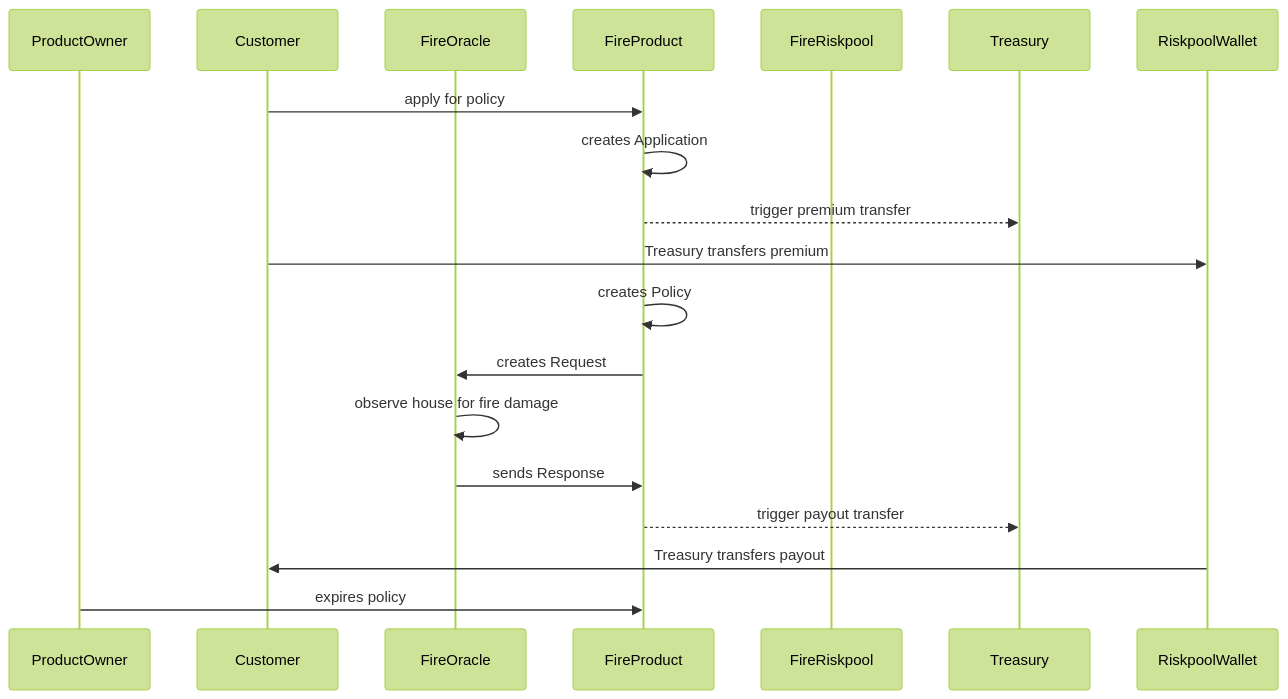
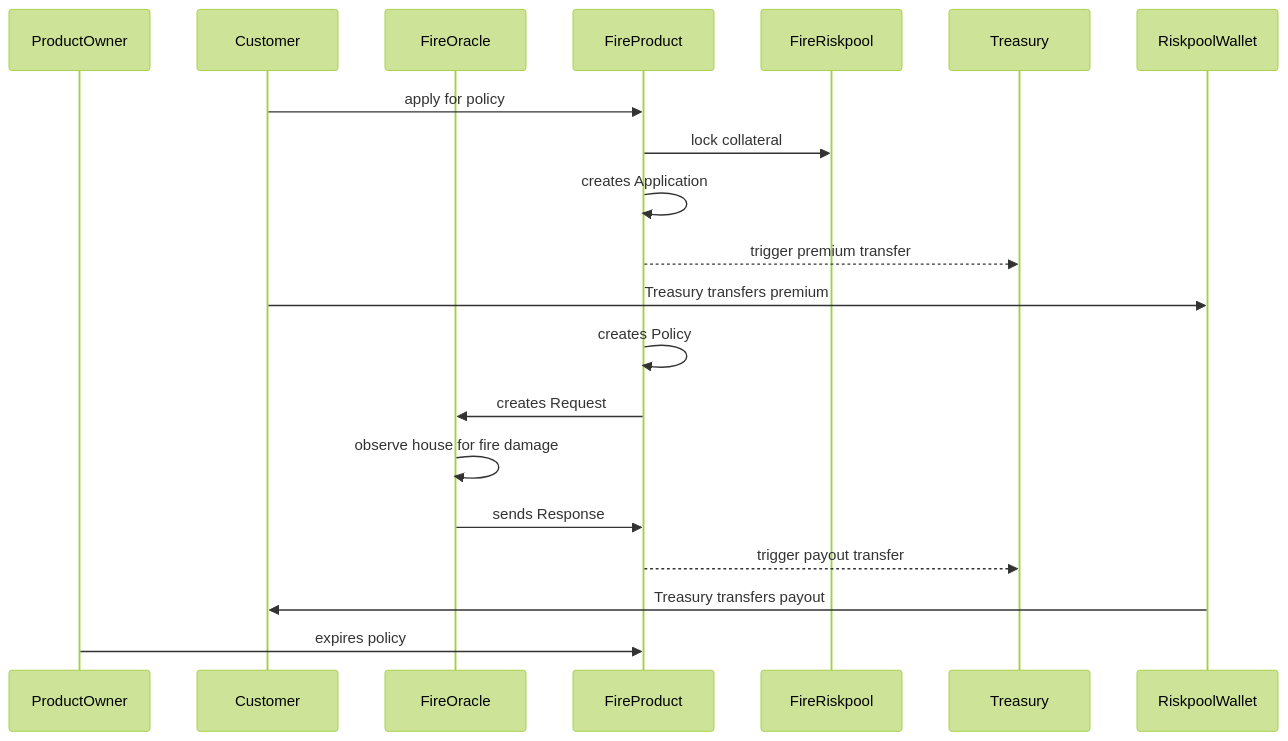
Before and after one commit to etherisc/gif-sandbox: the diagram in docs/modules/ROOT/assets/images/fire_product_interaction.md, drawn with Mermaid (forest theme). The commit also changed 1 other file, not shown here.

Commit message:
update svg

````diff
--- a/docs/modules/ROOT/assets/images/fire_product_interaction.md
+++ b/docs/modules/ROOT/assets/images/fire_product_interaction.md
@@ -3,22 +3,23 @@
 ```mermaid
 sequenceDiagram
     participant PO as ProductOwner
     participant C as Customer
     participant O as FireOracle
     participant P as FireProduct
     participant R as FireRiskpool
     participant T as Treasury
     participant RW as RiskpoolWallet
     
     C ->> P: apply for policy
+    P ->> R: lock collateral
     P ->> P: creates Application
     P -->> T: trigger premium transfer
     C ->> RW: Treasury transfers premium
     P ->> P: creates Policy
     P ->> O: creates Request
     O ->> O: observe house for fire damage
     O ->> P: sends Response
     P -->> T: trigger payout transfer
     RW ->> C: Treasury transfers payout
     PO ->> P: expires policy
 ```
````
